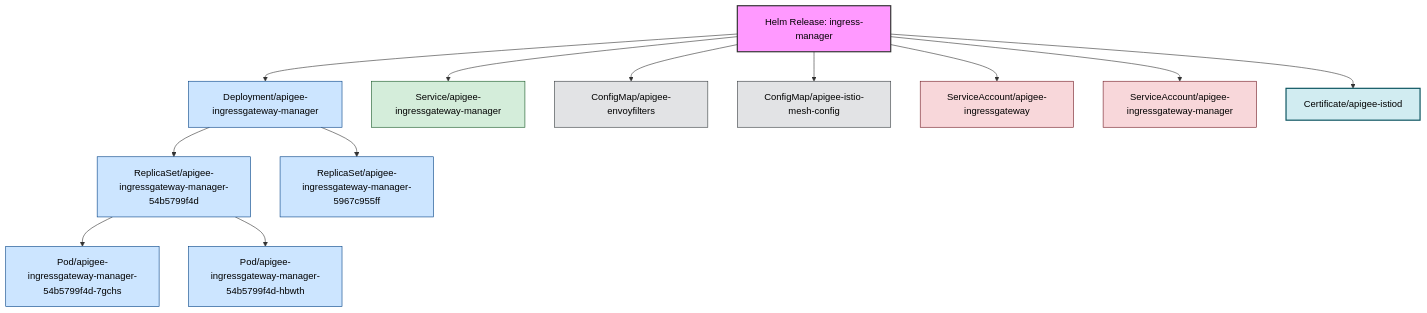
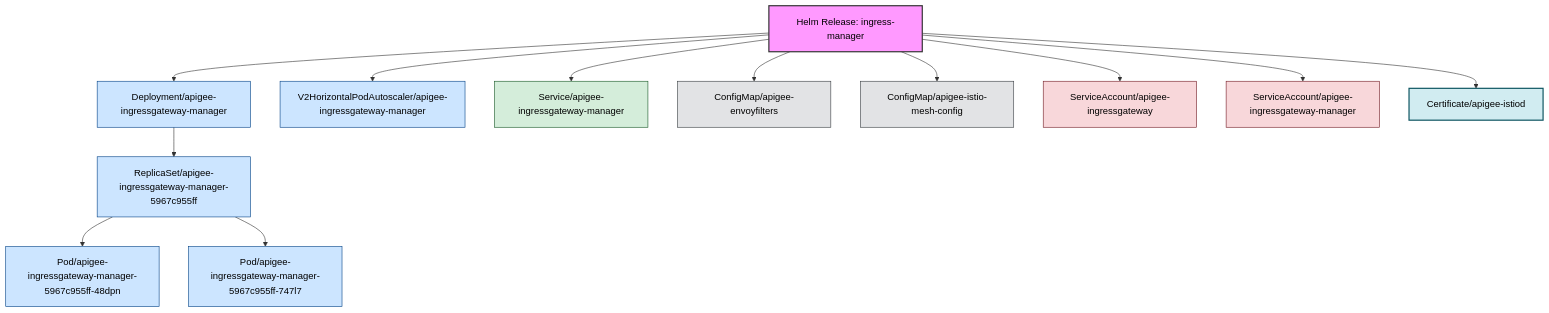
Before and after one commit to anaik91/apigee-hybrid-relationship-builder: the diagram in generated/apigee-ingress-manager-1.15.0-deep-all.md, drawn with Mermaid. The commit also changed 51 other files, not shown here.

````diff
--- a/generated/apigee-ingress-manager-1.15.0-deep-all.md
+++ b/generated/apigee-ingress-manager-1.15.0-deep-all.md
@@ -12,50 +12,50 @@
 ```mermaid
 graph TD;
     classDef helm fill:#f9f,stroke:#333,stroke-width:2px,color:#000
     classDef workload fill:#cce5ff,stroke:#004085,stroke-width:1px,color:#000
     classDef network fill:#d4edda,stroke:#155724,stroke-width:1px,color:#000
     classDef config fill:#e2e3e5,stroke:#383d41,stroke-width:1px,color:#000
     classDef rbac fill:#f8d7da,stroke:#721c24,stroke-width:1px,color:#000
     classDef apigee_crd fill:#fff3cd,stroke:#856404,stroke-width:2px,color:#000
     classDef cert_manager_crd fill:#d1ecf1,stroke:#0c5460,stroke-width:2px,color:#000
     classDef webhook fill:#ddd,stroke:#333,stroke-width:2px,color:#000
     classDef default fill:#fff,stroke:#333,stroke-width:1px,color:#000
 
     Deploymentapigeeingressgatewaymanager["Deployment/apigee-ingressgateway-manager"]
-    ReplicaSetapigeeingressgatewaymanager54b5799f4d["ReplicaSet/apigee-ingressgateway-manager-54b5799f4d"]
     ReplicaSetapigeeingressgatewaymanager5967c955ff["ReplicaSet/apigee-ingressgateway-manager-5967c955ff"]
-    Podapigeeingressgatewaymanager54b5799f4d7gchs["Pod/apigee-ingressgateway-manager-54b5799f4d-7gchs"]
-    Podapigeeingressgatewaymanager54b5799f4dhbwth["Pod/apigee-ingressgateway-manager-54b5799f4d-hbwth"]
+    Podapigeeingressgatewaymanager5967c955ff48dpn["Pod/apigee-ingressgateway-manager-5967c955ff-48dpn"]
+    Podapigeeingressgatewaymanager5967c955ff747l7["Pod/apigee-ingressgateway-manager-5967c955ff-747l7"]
     HelmReleaseingressmanager["Helm Release: ingress-manager"]
+    V2HorizontalPodAutoscalerapigeeingressgatewaymanager["V2HorizontalPodAutoscaler/apigee-ingressgateway-manager"]
     Serviceapigeeingressgatewaymanager["Service/apigee-ingressgateway-manager"]
     ConfigMapapigeeenvoyfilters["ConfigMap/apigee-envoyfilters"]
     ConfigMapapigeeistiomeshconfig["ConfigMap/apigee-istio-mesh-config"]
     ServiceAccountapigeeingressgateway["ServiceAccount/apigee-ingressgateway"]
     ServiceAccountapigeeingressgatewaymanager["ServiceAccount/apigee-ingressgateway-manager"]
     Certificateapigeeistiod["Certificate/apigee-istiod"]
 
     class Deploymentapigeeingressgatewaymanager workload;
-    class ReplicaSetapigeeingressgatewaymanager54b5799f4d workload;
     class ReplicaSetapigeeingressgatewaymanager5967c955ff workload;
-    class Podapigeeingressgatewaymanager54b5799f4d7gchs workload;
-    class Podapigeeingressgatewaymanager54b5799f4dhbwth workload;
+    class Podapigeeingressgatewaymanager5967c955ff48dpn workload;
+    class Podapigeeingressgatewaymanager5967c955ff747l7 workload;
     class HelmReleaseingressmanager helm;
+    class V2HorizontalPodAutoscalerapigeeingressgatewaymanager workload;
     class Serviceapigeeingressgatewaymanager network;
     class ConfigMapapigeeenvoyfilters config;
     class ConfigMapapigeeistiomeshconfig config;
     class ServiceAccountapigeeingressgateway rbac;
     class ServiceAccountapigeeingressgatewaymanager rbac;
     class Certificateapigeeistiod cert_manager_crd;
 
-    Deploymentapigeeingressgatewaymanager --> ReplicaSetapigeeingressgatewaymanager54b5799f4d
     Deploymentapigeeingressgatewaymanager --> ReplicaSetapigeeingressgatewaymanager5967c955ff
-    ReplicaSetapigeeingressgatewaymanager54b5799f4d --> Podapigeeingressgatewaymanager54b5799f4d7gchs
-    ReplicaSetapigeeingressgatewaymanager54b5799f4d --> Podapigeeingressgatewaymanager54b5799f4dhbwth
+    ReplicaSetapigeeingressgatewaymanager5967c955ff --> Podapigeeingressgatewaymanager5967c955ff48dpn
+    ReplicaSetapigeeingressgatewaymanager5967c955ff --> Podapigeeingressgatewaymanager5967c955ff747l7
     HelmReleaseingressmanager --> Deploymentapigeeingressgatewaymanager
+    HelmReleaseingressmanager --> V2HorizontalPodAutoscalerapigeeingressgatewaymanager
     HelmReleaseingressmanager --> Serviceapigeeingressgatewaymanager
     HelmReleaseingressmanager --> ConfigMapapigeeenvoyfilters
     HelmReleaseingressmanager --> ConfigMapapigeeistiomeshconfig
     HelmReleaseingressmanager --> ServiceAccountapigeeingressgateway
     HelmReleaseingressmanager --> ServiceAccountapigeeingressgatewaymanager
     HelmReleaseingressmanager --> Certificateapigeeistiod
 ```
````
